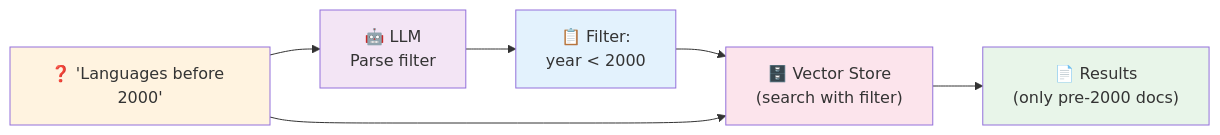
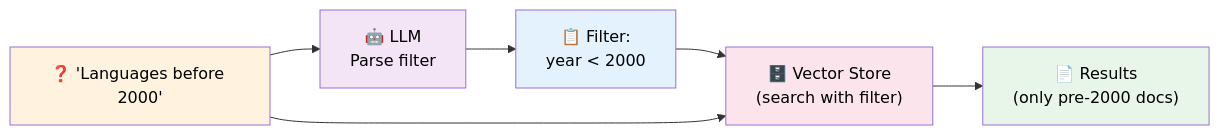
Before and after one commit to remolaan/Agentic-AI-Cookbook: the second of 3 diagrams in 11_advanced_retrieval/README.md, drawn with Mermaid. The commit also changed other lines of this file and 45 other files, not shown here.

Commit message:
Fix Mermaid diagram text colors for readability across all READMEs

````diff
--- a/11_advanced_retrieval/README.md
+++ b/11_advanced_retrieval/README.md
@@ -78,14 +78,14 @@
 ```mermaid
 flowchart LR
     Q["❓ 'Languages before 2000'"] --> LLM["🤖 LLM<br/>Parse filter"]
     LLM --> F["📋 Filter:<br/>year < 2000"]
     F --> VS["🗄️ Vector Store<br/>(search with filter)"]
     Q --> VS
     VS --> R["📄 Results<br/>(only pre-2000 docs)"]
     
-    style Q fill:#fff3e0
-    style LLM fill:#f3e5f5
-    style F fill:#e3f2fd
-    style VS fill:#fce4ec
-    style R fill:#e8f5e9
+    style Q fill:#fff3e0,color:#000000
+    style LLM fill:#f3e5f5,color:#000000
+    style F fill:#e3f2fd,color:#000000
+    style VS fill:#fce4ec,color:#000000
+    style R fill:#e8f5e9,color:#000000
 ```
````
